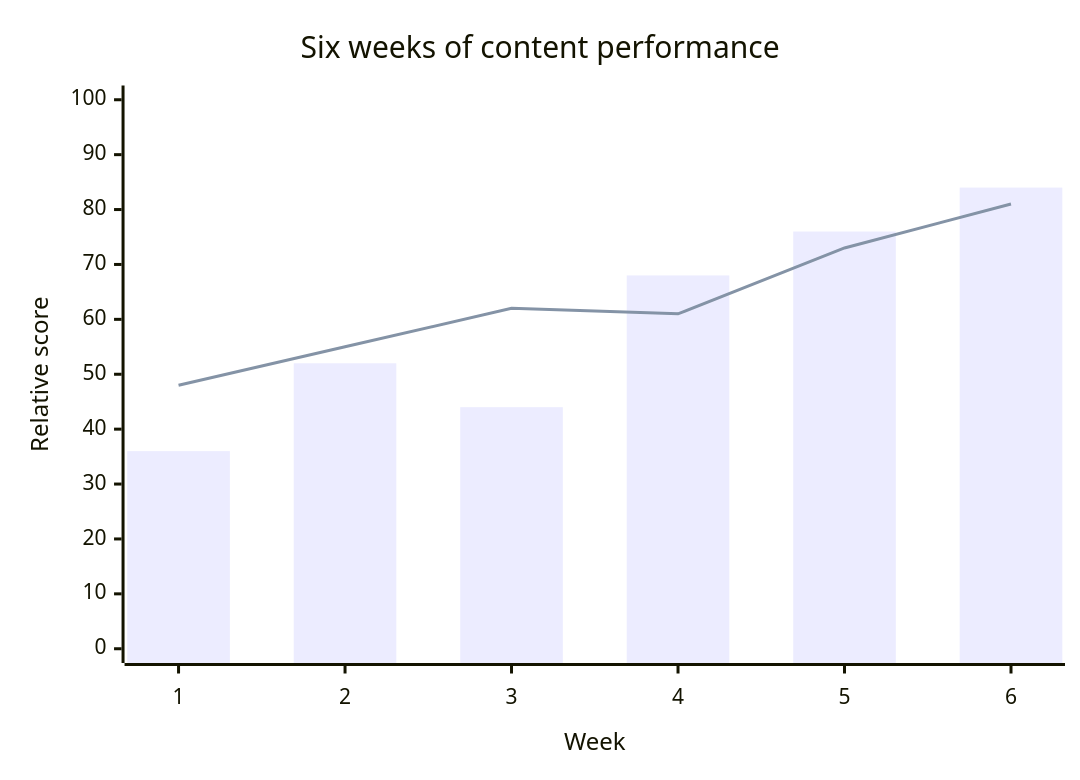
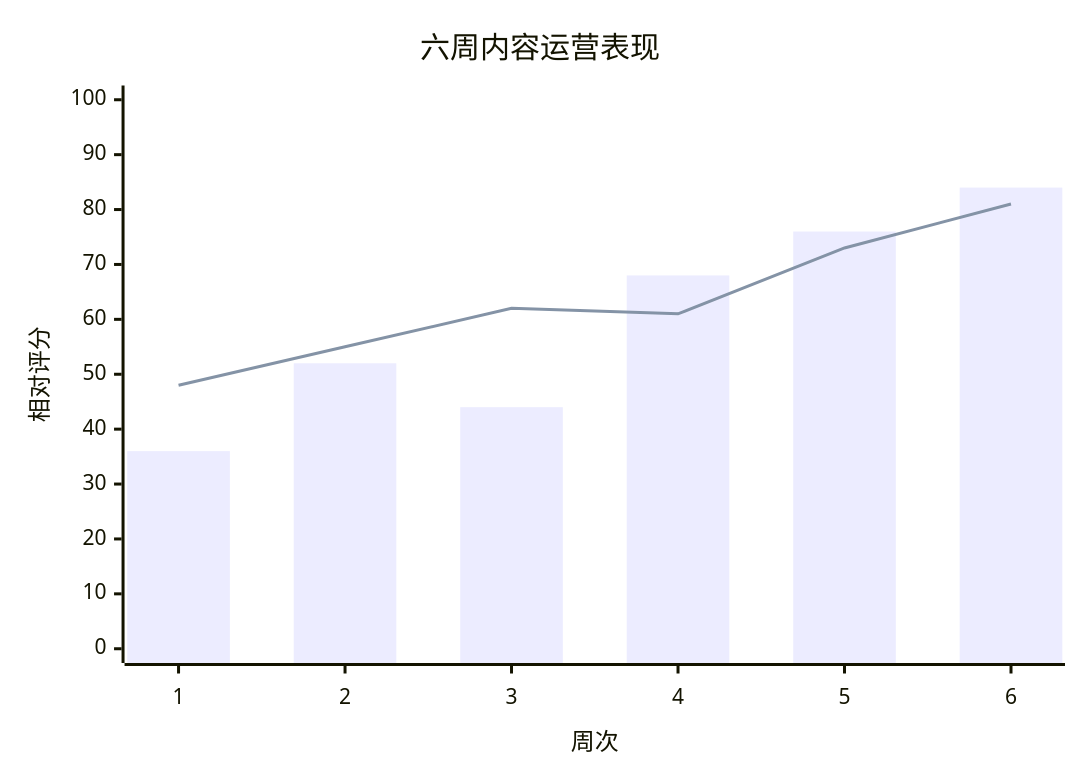
One commit to Dawn6666666/Shirone changed the sixth of 14 diagrams in src/content/posts/markdown-mermaid.md. Above: the diagram before and after it, drawn with Mermaid. The commit also changed other lines of this file and 28 other files, not shown here.

````diff
--- a/src/content/posts/markdown-mermaid.md
+++ b/src/content/posts/markdown-mermaid.md
@@ -139,10 +139,10 @@
 ```mermaid
 xychart-beta
-    accTitle: Six weeks of content performance
-    accDescr: Bars show normalized weekly publishing volume, while the line shows normalized reading completion.
-    title "Six weeks of content performance"
-    x-axis "Week" [1, 2, 3, 4, 5, 6]
-    y-axis "Relative score" 0 --> 100
+    accTitle: 六周内容运营表现
+    accDescr: 柱状图展示归一化后的每周发文量，折线展示阅读完成率。
+    title "六周内容运营表现"
+    x-axis "周次" [1, 2, 3, 4, 5, 6]
+    y-axis "相对评分" 0 --> 100
     bar [36, 52, 44, 68, 76, 84]
     line [48, 55, 62, 61, 73, 81]
 ```
````
